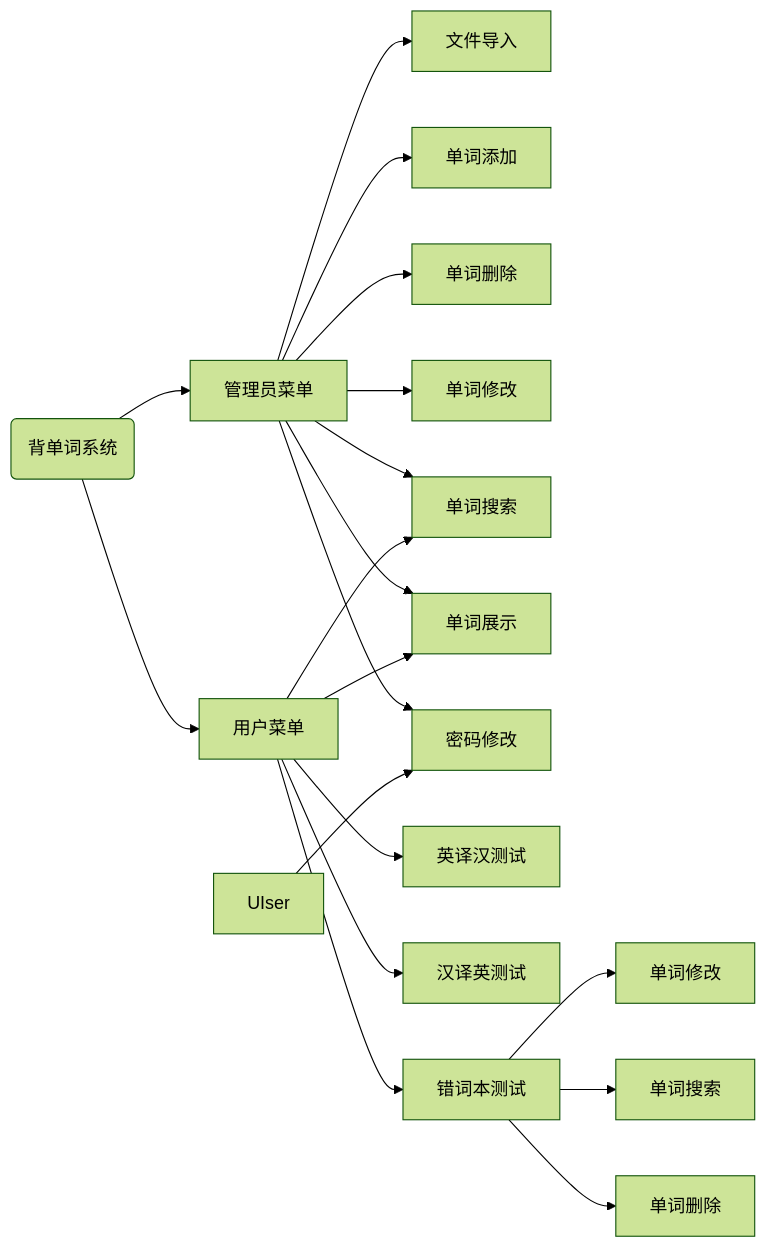
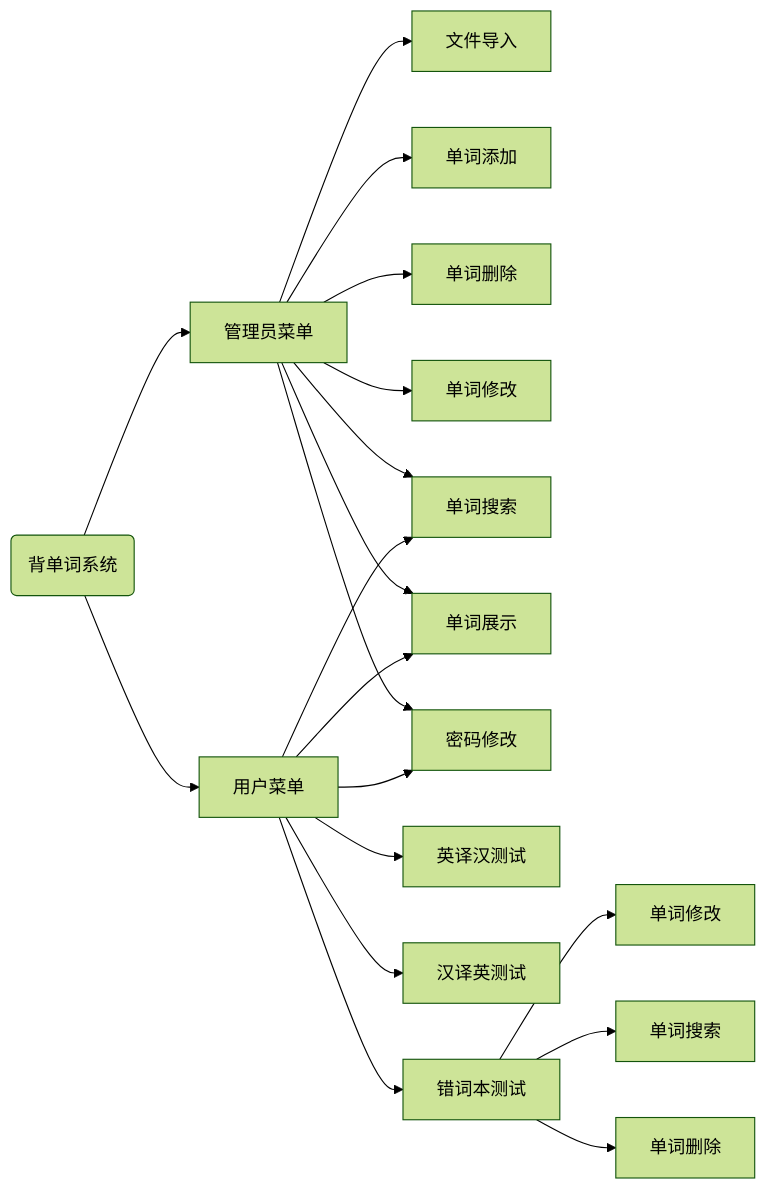
The diagram in README.md (involution-base-of-njupt/everyday-vocabulary), drawn with Mermaid (forest theme) before and after one commit.

````diff
--- a/README.md
+++ b/README.md
@@ -5,26 +5,26 @@
 ```mermaid
 graph LR
 
 Sys(背单词系统) --> Admin[管理员菜单]
 Sys --> User[用户菜单]
 
 Admin --> 文件导入
 Admin --> 单词添加
 Admin --> 单词删除
 Admin --> 单词修改
 Admin --> 单词搜索
 Admin --> 单词展示
 
 Admin --> 密码修改
-UIser --> 密码修改
+User --> 密码修改
 
 User --> 单词搜索
 User --> 单词展示
 User --> 英译汉测试
 User --> 汉译英测试
 User --> 错词本测试
 
 错词本测试 --> e[单词修改]
 错词本测试 --> s[单词搜索]
 错词本测试 --> d[单词删除]
 ```
````
